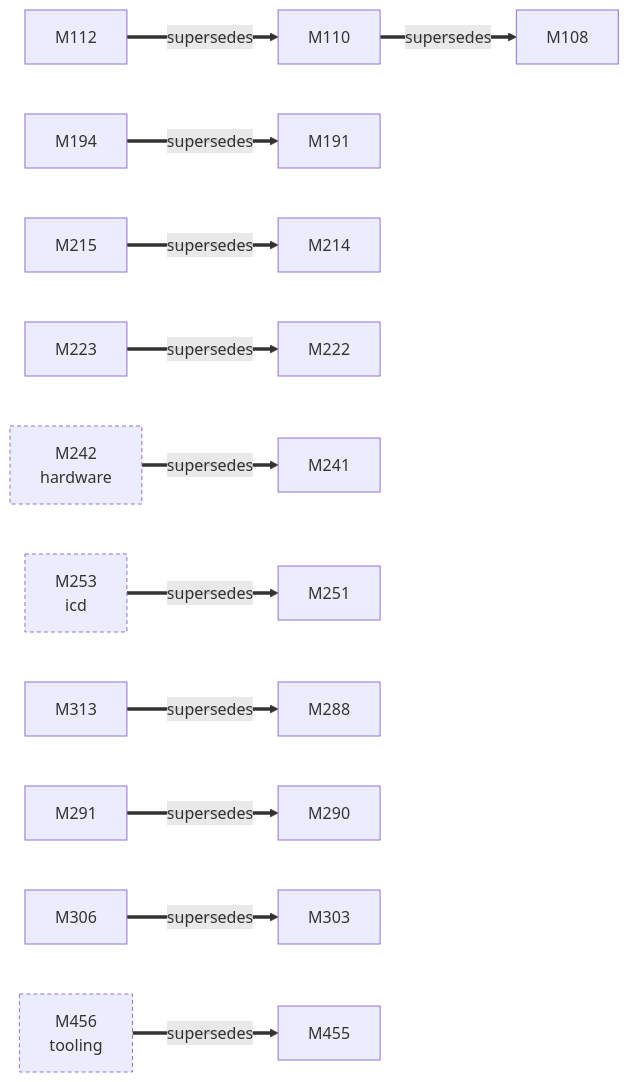
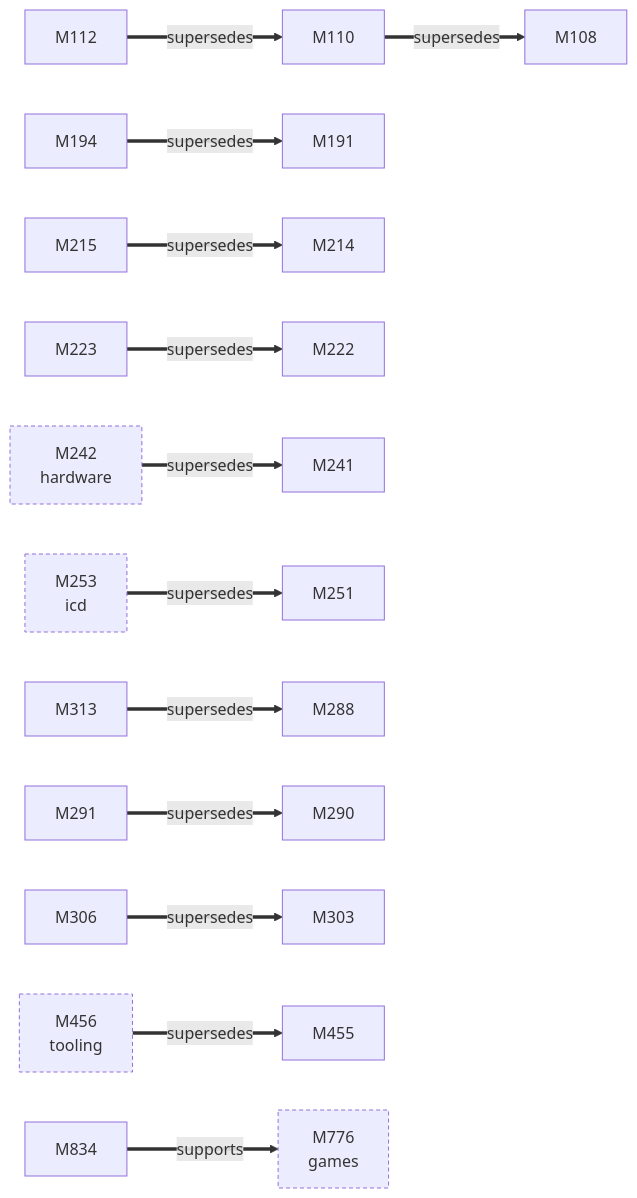
The first of 3 diagrams in docs/facts/graphs/kmd.md (D-Ogi/amdgpu-wddm), drawn with Mermaid before and after one commit. The commit also changed other lines of this file and 55 other files, not shown here.

````diff
--- a/docs/facts/graphs/kmd.md
+++ b/docs/facts/graphs/kmd.md
@@ -9,37 +9,40 @@
 ```mermaid
 flowchart LR
   M108["M108"]
   M110["M110"]
   M112["M112"]
   M191["M191"]
   M194["M194"]
   M214["M214"]
   M215["M215"]
   M222["M222"]
   M223["M223"]
   M241["M241"]
   M242["M242<br/>hardware"]
   M251["M251"]
   M253["M253<br/>icd"]
   M288["M288"]
   M290["M290"]
   M291["M291"]
   M303["M303"]
   M306["M306"]
   M313["M313"]
   M455["M455"]
   M456["M456<br/>tooling"]
+  M776["M776<br/>games"]
+  M834["M834"]
   M242 ==>|supersedes| M241
   M110 ==>|supersedes| M108
   M112 ==>|supersedes| M110
   M194 ==>|supersedes| M191
   M215 ==>|supersedes| M214
   M223 ==>|supersedes| M222
   M291 ==>|supersedes| M290
   M306 ==>|supersedes| M303
   M313 ==>|supersedes| M288
+  M834 ==>|supports| M776
   M253 ==>|supersedes| M251
   M456 ==>|supersedes| M455
   classDef other stroke-dasharray:4 3
-  class M242,M253,M456 other
+  class M242,M253,M456,M776 other
 ```
````
